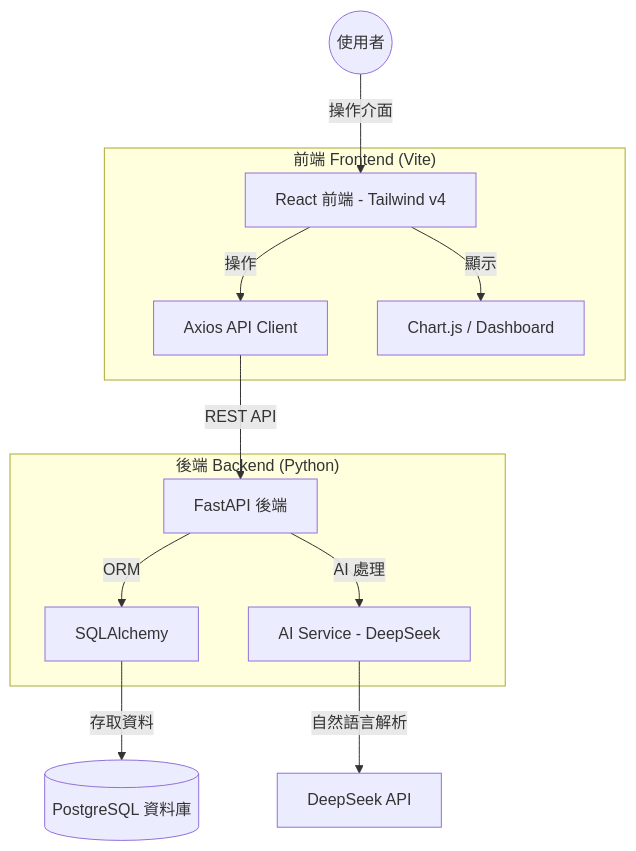
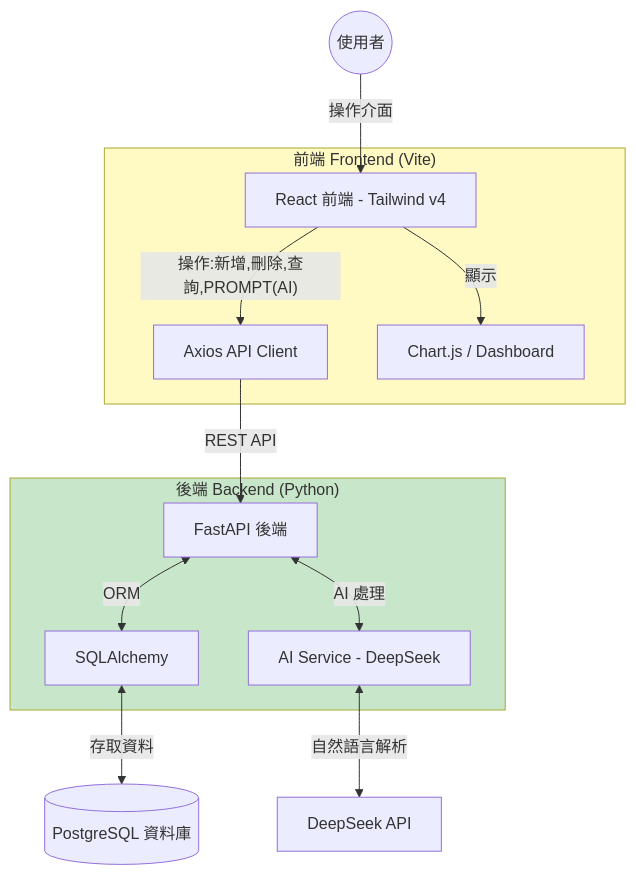
The first of 4 diagrams in system_graph.md (pppppppphoebe/AI_Task_Manager), drawn with Mermaid before and after one commit. The commit also changed other lines of this file, not shown here.

Commit message:
Update diagram

````diff
--- a/system_graph.md
+++ b/system_graph.md
@@ -10,19 +10,24 @@
 ```mermaid
-graph TD
-    User((使用者)) -->|操作介面| React[React 前端 - Tailwind v4]
-    
-    subgraph "前端 Frontend (Vite)"
-        React -->|操作| Axios[Axios API Client]
-        React -->|顯示| ChartJS[Chart.js / Dashboard]
-    end
+flowchart TB
+ subgraph subGraph0["前端 Frontend (Vite)"]
+        Axios["Axios API Client"]
+        React["React 前端 - Tailwind v4"]
+        ChartJS["Chart.js / Dashboard"]
+  end
+ subgraph subGraph1["後端 Backend (Python)"]
+        SQLAlchemy["SQLAlchemy"]
+        FastAPI["FastAPI 後端"]
+        AIService["AI Service - DeepSeek"]
+  end
+    User(("使用者")) -- 操作介面 --> React
+    React -- 操作:新增,刪除,查詢,PROMPT(AI) --> Axios
+    React -- 顯示 --> ChartJS
+    Axios -- REST API --> FastAPI
+    FastAPI <-- ORM --> SQLAlchemy
+    FastAPI <-- AI 處理 --> AIService
+    SQLAlchemy <-- 存取資料 --> Postgres[("PostgreSQL 資料庫")]
+    AIService <-- 自然語言解析 --> DeepSeek["DeepSeek API"]
 
-    Axios -->|REST API| FastAPI[FastAPI 後端]
-
-    subgraph "後端 Backend (Python)"
-        FastAPI -->|ORM| SQLAlchemy[SQLAlchemy]
-        FastAPI -->|AI 處理| AIService[AI Service - DeepSeek]
-    end
-
-    SQLAlchemy -->|存取資料| Postgres[(PostgreSQL 資料庫)]
-    AIService -->|自然語言解析| DeepSeek[DeepSeek API]
+    style subGraph0 fill:#FFF9C4
+    style subGraph1 fill:#C8E6C9
 ```
````
